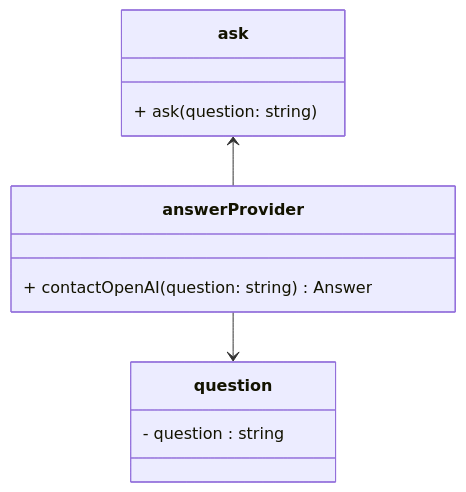
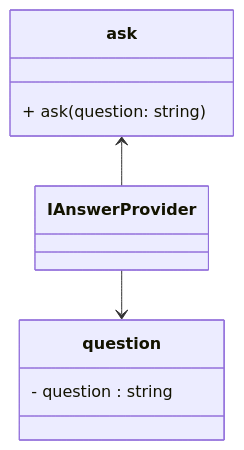
One commit to TheGreatShan/GPT-Cli changed the fourth of 6 diagrams in readme.md. Above: the diagram before and after it, drawn with Mermaid. The commit also changed other lines of this file, not shown here.

Commit message:
Architectural changes

````diff
--- a/readme.md
+++ b/readme.md
@@ -100,15 +101,14 @@
 ```mermaid
 classDiagram
-    class answerProvider{
-      + contactOpenAI(question: string) Answer
+    class IAnswerProvider{
     }
     class question{
       - question : string
     }
     class ask {
       + ask(question: string)
     }
 
-    ask <-- answerProvider
-    answerProvider --> question
+    ask <-- IAnswerProvider
+    IAnswerProvider --> question
 ```
````
